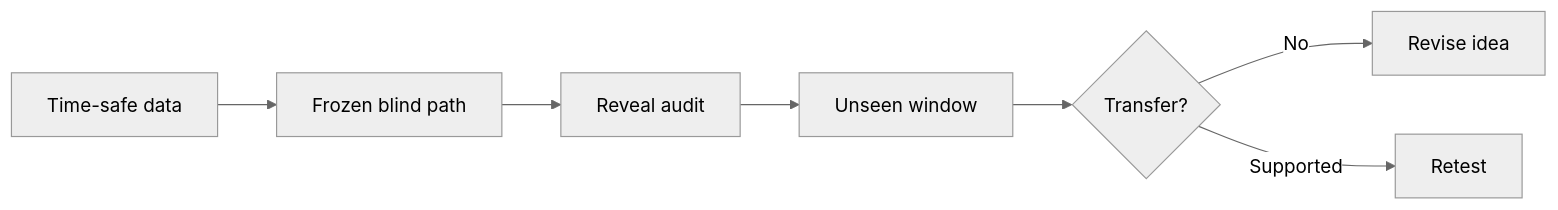
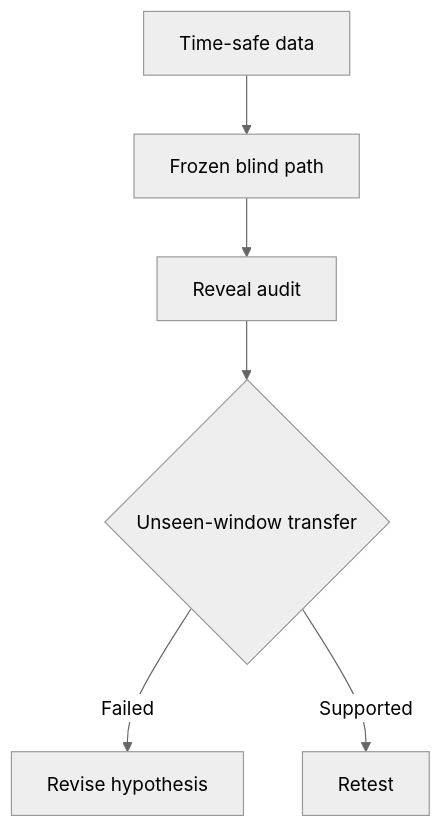
The second of 2 diagrams in README.md (Cornelius-Chen/Cornelius-Chen), drawn with Mermaid (neutral theme) before and after one commit. The commit also changed other lines of this file, not shown here.

````diff
--- a/README.md
+++ b/README.md
@@ -30,9 +29,8 @@
 ```mermaid
-flowchart LR
+flowchart TB
     A[Time-safe data] --> B[Frozen blind path]
     B --> C[Reveal audit]
-    C --> D[Unseen window]
-    D --> E{Transfer?}
-    E -- No --> F[Revise idea]
-    E -- Supported --> G[Retest]
+    C --> D{Unseen-window transfer}
+    D -- Failed --> E[Revise hypothesis]
+    D -- Supported --> F[Retest]
 ```
````
